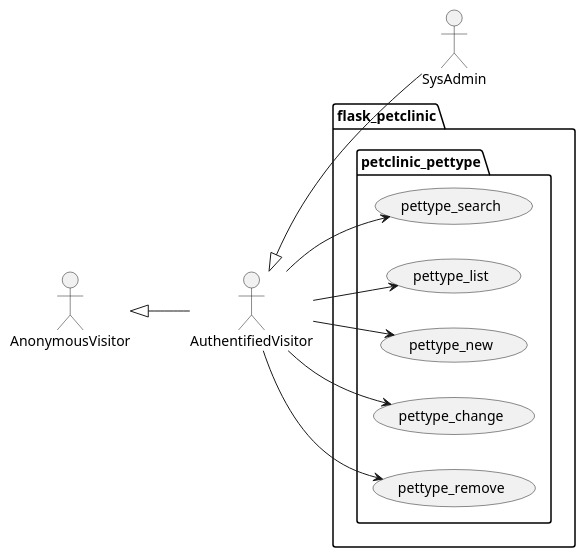
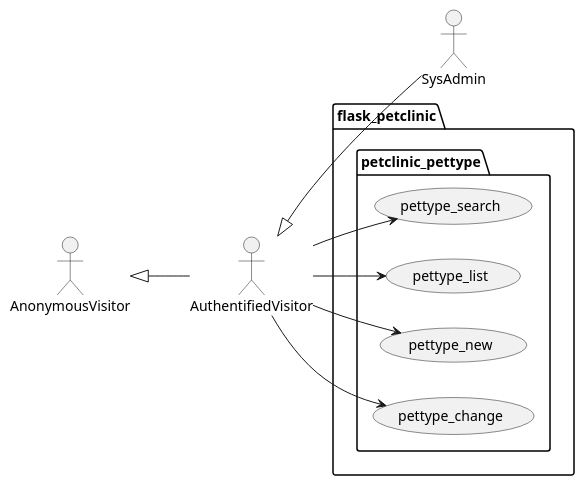
Before and after one commit to Jakarta-EE-Petclinic/petclinic_flask: the diagram in project/petclinic_model/pettype.puml, drawn with PlantUML. The commit also changed 5 other files, not shown here.

```diff
--- a/project/petclinic_model/pettype.puml
+++ b/project/petclinic_model/pettype.puml
@@ -1,27 +1,25 @@
 @startuml
 left to right direction
 
 actor AnonymousVisitor as av
 actor AuthentifiedVisitor as au
 actor SysAdmin as sa
 
 av <|-- au
 au <|-- sa
 
 package flask_petclinic {
 
     package petclinic_pettype {
         usecase pettype_search as uc4000
         usecase pettype_list as uc4001
         usecase pettype_new as uc4002
         usecase pettype_change as uc4003
-        usecase pettype_remove as uc4004
 
         au --> uc4000
         au --> uc4001
         au --> uc4002
         au --> uc4003
-        au --> uc4004
     }
 }
 @enduml
```
